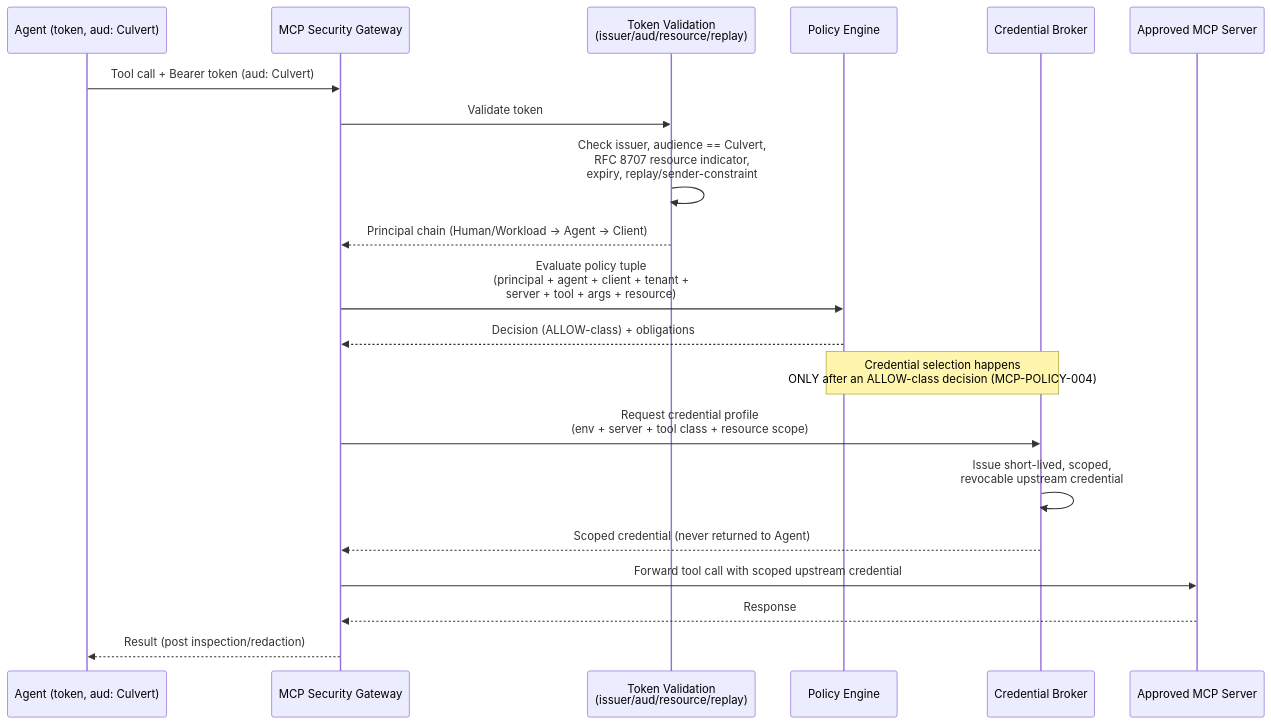
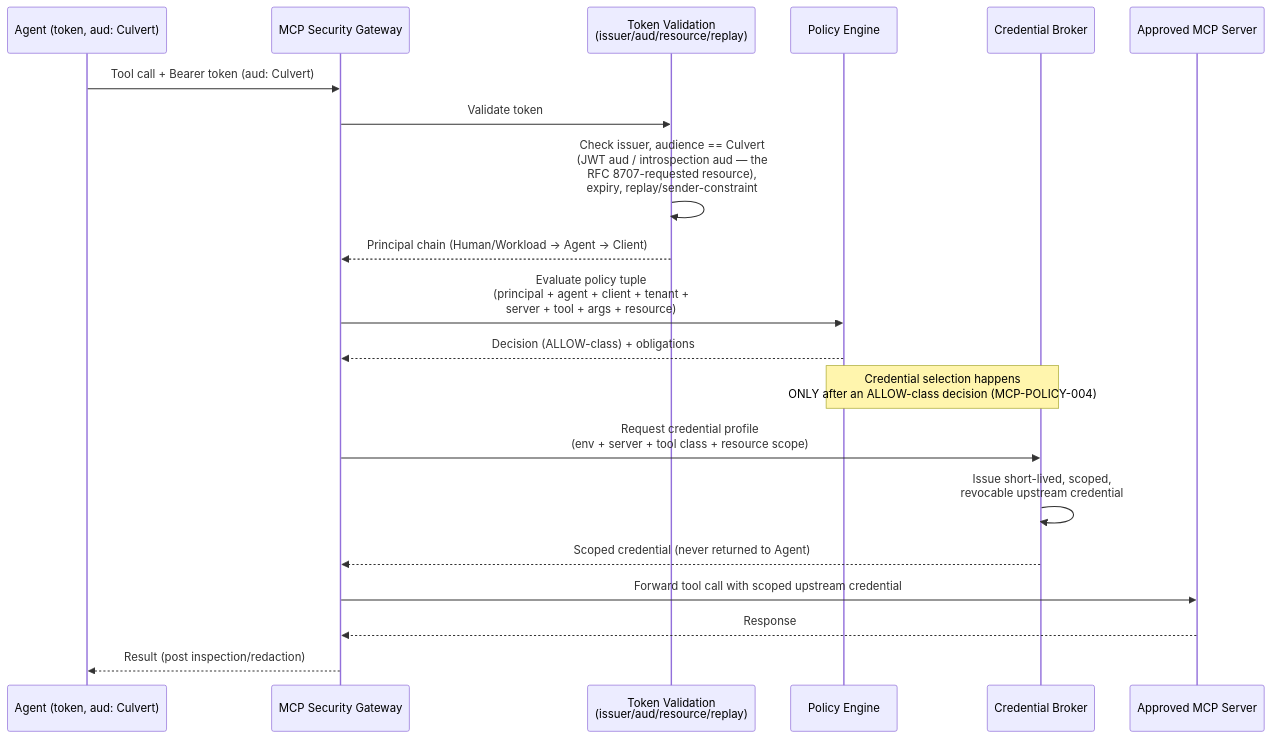
One commit to KidCarmi/Culvert changed the diagram in docs/design/mcp/AUTH-AND-CREDENTIAL-MODEL.md. Above: the diagram before and after it, drawn with Mermaid. The commit also changed other lines of this file and 13 other files, not shown here.

````diff
--- a/docs/design/mcp/AUTH-AND-CREDENTIAL-MODEL.md
+++ b/docs/design/mcp/AUTH-AND-CREDENTIAL-MODEL.md
@@ -247,23 +254,23 @@
 ```mermaid
 sequenceDiagram
     participant Agent as Agent (token, aud: Culvert)
     participant GW as MCP Security Gateway
     participant Auth as Token Validation<br/>(issuer/aud/resource/replay)
     participant Pol as Policy Engine
     participant Broker as Credential Broker
     participant Srv as Approved MCP Server
 
     Agent->>GW: Tool call + Bearer token (aud: Culvert)
     GW->>Auth: Validate token
-    Auth->>Auth: Check issuer, audience == Culvert,<br/>RFC 8707 resource indicator,<br/>expiry, replay/sender-constraint
+    Auth->>Auth: Check issuer, audience == Culvert<br/>(JWT aud / introspection aud — the<br/>RFC 8707-requested resource),<br/>expiry, replay/sender-constraint
     Auth-->>GW: Principal chain (Human/Workload → Agent → Client)
     GW->>Pol: Evaluate policy tuple<br/>(principal + agent + client + tenant +<br/>server + tool + args + resource)
     Pol-->>GW: Decision (ALLOW-class) + obligations
     Note over Pol,Broker: Credential selection happens<br/>ONLY after an ALLOW-class decision (MCP-POLICY-004)
     GW->>Broker: Request credential profile<br/>(env + server + tool class + resource scope)
     Broker->>Broker: Issue short-lived, scoped,<br/>revocable upstream credential
     Broker-->>GW: Scoped credential (never returned to Agent)
     GW->>Srv: Forward tool call with scoped upstream credential
     Srv-->>GW: Response
     GW-->>Agent: Result (post inspection/redaction)
 ```
````
